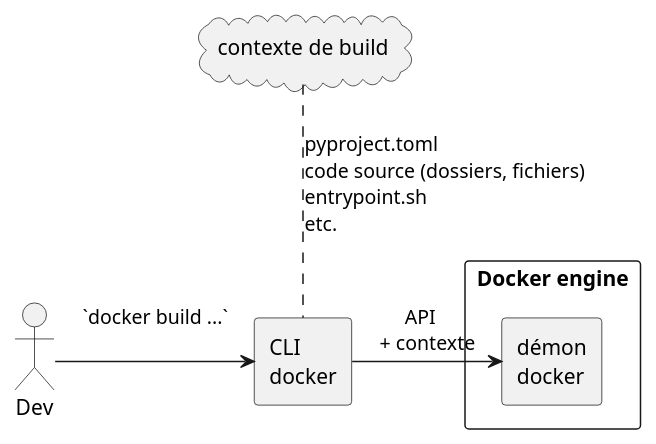
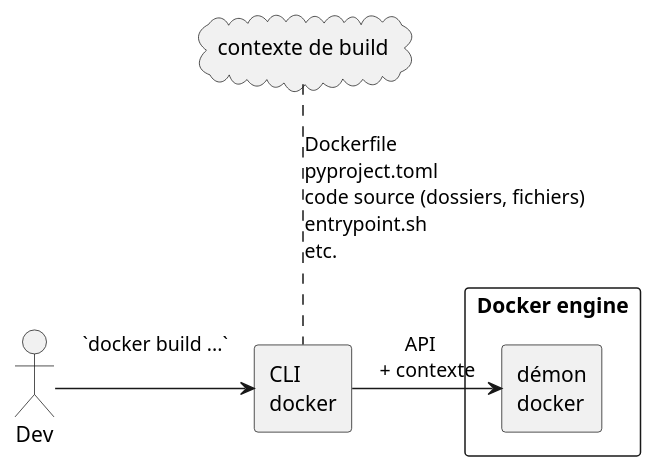
Before and after one commit to lucsorel/conferences: the second of 4 diagrams in python-rennes-2024.05.16-safedockerignore/2024.05.16-python-rennes-safedockerignore.adoc, drawn with PlantUML. The commit also changed other lines of this file, not shown here.

Commit message:
feat(python-rennes): add hook activity diagram

```diff
--- a/python-rennes-2024.05.16-safedockerignore/2024.05.16-python-rennes-safedockerignore.adoc
+++ b/python-rennes-2024.05.16-safedockerignore/2024.05.16-python-rennes-safedockerignore.adoc
@@ -59,24 +59,24 @@
 [plantuml, target=component-diagram, format=svg]
 ----
 @startuml
 skinparam componentStyle rectangle
 skinparam defaultTextAlignment left
 
 actor "Dev" as dev
 cloud "contexte de build" as context
 component client [
   CLI
   docker
 ]
 component server as "Docker engine" {
   component demon [
     démon
     docker
   ]
 }
 
 dev -> [client] : "`docker build ...`\n"
-context .d. [client] : "pyproject.toml\ncode source (dossiers, fichiers)\nentrypoint.sh\netc."
+context .d. [client] : "Dockerfile\npyproject.toml\ncode source (dossiers, fichiers)\nentrypoint.sh\netc."
 [client] -l-> [demon] : "     API\n+ contexte"
 @enduml
 ----
```
